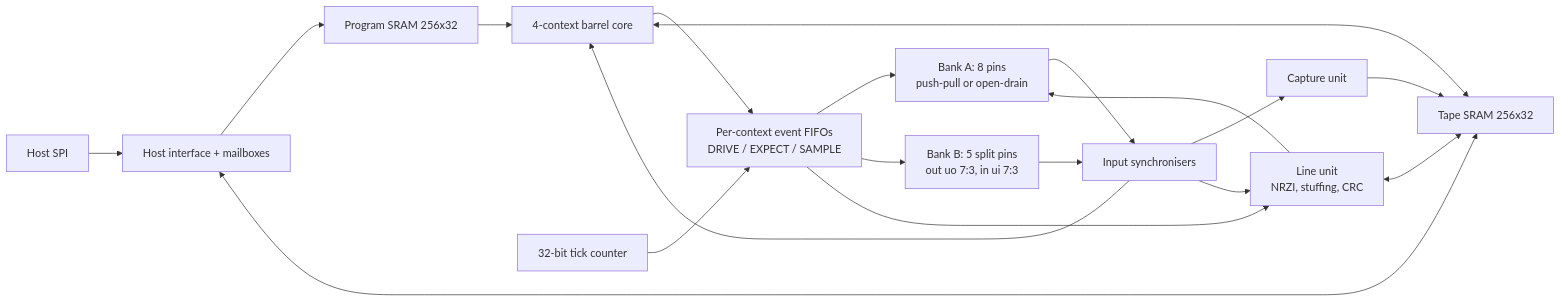
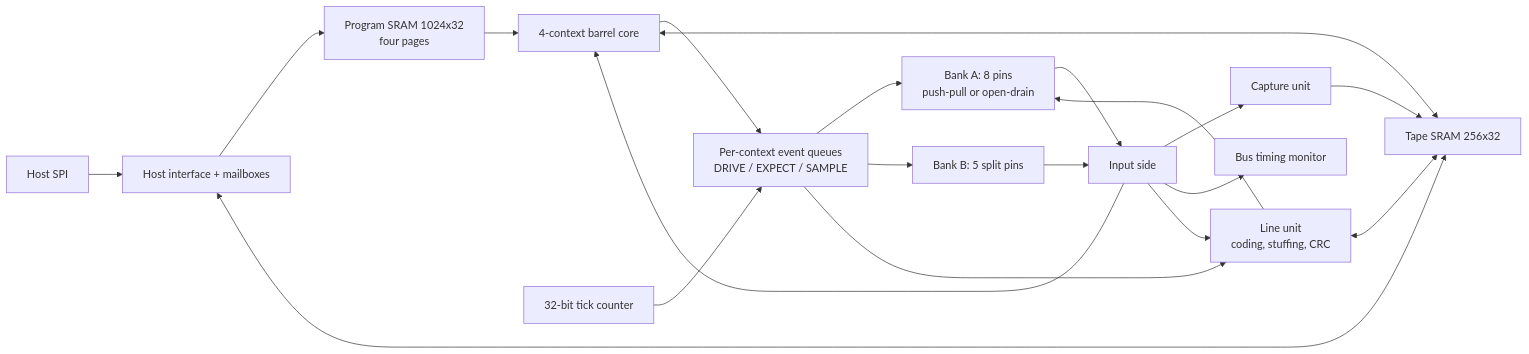
The diagram in README.md (parthDOOM/escapement), drawn with Mermaid before and after one commit. The commit also changed other lines of this file and 29 other files, not shown here.

Commit message:
docs: rewritten for version 3 (8x4): write-up, history, line unit, bus monitor, OLED Pong, physical design and headroom

````diff
--- a/README.md
+++ b/README.md
@@ -63,21 +22,22 @@
 ```mermaid
 flowchart LR
     Host[Host SPI] --> Ctl[Host interface + mailboxes]
-    Ctl --> IMEM[Program SRAM 256x32]
+    Ctl --> IMEM[Program SRAM 1024x32<br/>four pages]
     IMEM --> Core[4-context barrel core]
-    Core --> Q[Per-context event FIFOs<br/>DRIVE / EXPECT / SAMPLE]
+    Core --> Q[Per-context event queues<br/>DRIVE / EXPECT / SAMPLE]
     Time[32-bit tick counter] --> Q
     Q --> Pins[Bank A: 8 pins<br/>push-pull or open-drain]
-    Q --> PinsB[Bank B: 5 split pins<br/>out uo 7:3, in ui 7:3]
-    Pins --> Sync[Input synchronisers]
+    Q --> PinsB[Bank B: 5 split pins]
+    Pins --> Sync[Input side]
     PinsB --> Sync
     Sync --> Core
     Sync --> Cap[Capture unit]
+    Sync --> Mon[Bus timing monitor]
     Core <--> Tape[Tape SRAM 256x32]
     Cap --> Tape
     Ctl <--> Tape
-    Q --> LU[Line unit<br/>NRZI, stuffing, CRC]
+    Q --> LU[Line unit<br/>coding, stuffing, CRC]
     LU <--> Tape
     LU --> Pins
     Sync --> LU
 ```
````
